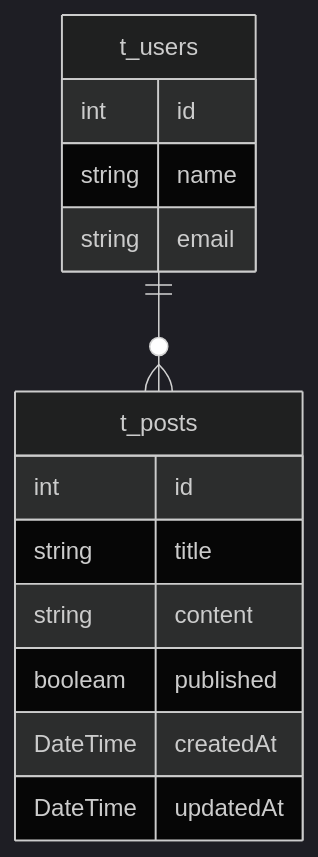
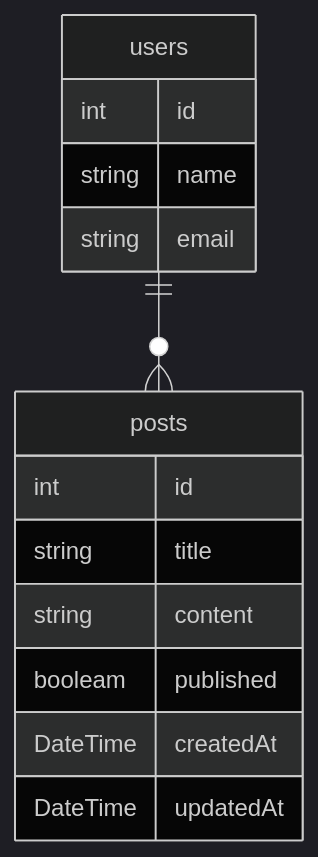
The diagram in src/er/er.md (ai-biz20-sasaki/nextjs-backend), drawn with Mermaid (dark theme) before and after one commit.

Commit message:
er図のテーブル名を変更

````diff
--- a/src/er/er.md
+++ b/src/er/er.md
@@ -1,20 +1,20 @@
 ```mermaid
 erDiagram
-t_users ||--o{ t_posts: ""
+users ||--o{ posts: ""
 
-t_users {
+users {
   int id
   string name
   string email
 }
 
-t_posts {
+posts {
   int id
   string title
   string content
   booleam published
   DateTime createdAt
   DateTime updatedAt
 }
 
 ```
````
